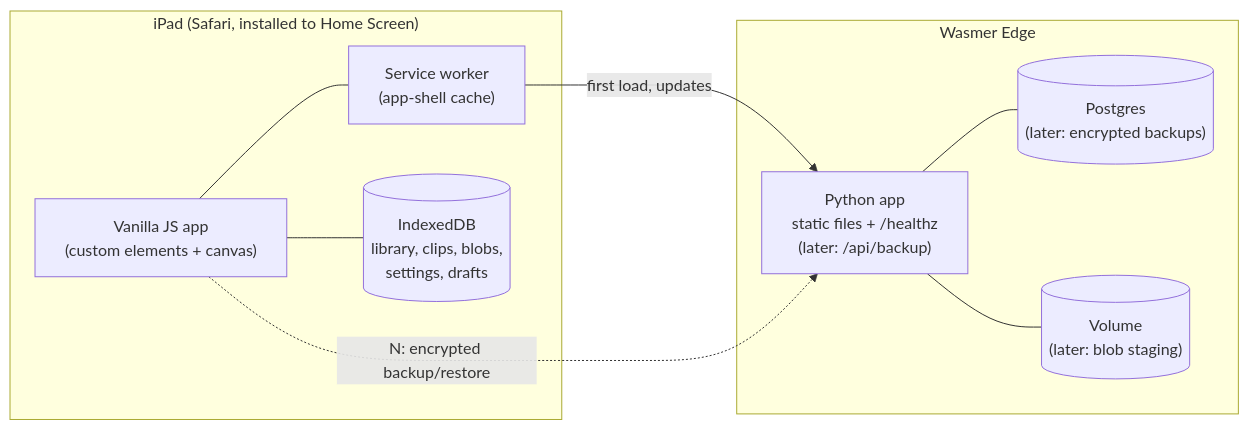
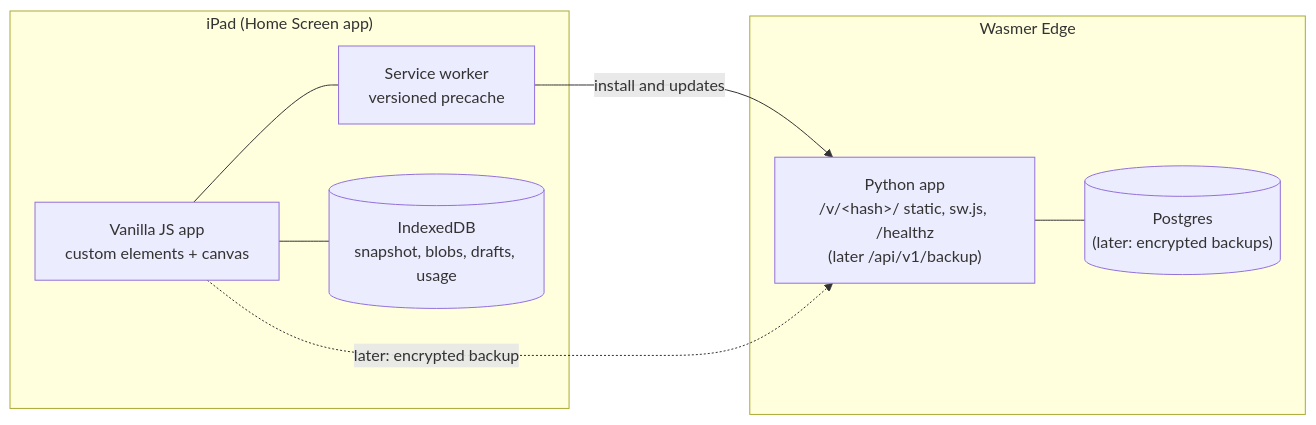
Before and after one commit to baalimago/klaras-farm: the first of 5 diagrams in design/ARCHITECTURE.md, drawn with Mermaid. The commit also changed other lines of this file and 1 other file, not shown here.

First line of the commit message:
Revise architecture after five adversarial reviews; add motion-as-data

````diff
--- a/design/ARCHITECTURE.md
+++ b/design/ARCHITECTURE.md
@@ -16,19 +19,17 @@
 ```mermaid
 flowchart LR
-  subgraph iPad["iPad (Safari, installed to Home Screen)"]
-    UI["Vanilla JS app<br/>(custom elements + canvas)"]
-    SW["Service worker<br/>(app-shell cache)"]
-    IDB[("IndexedDB<br/>library, clips, blobs,<br/>settings, drafts")]
+  subgraph iPad["iPad (Home Screen app)"]
+    UI["Vanilla JS app<br/>custom elements + canvas"]
+    SW["Service worker<br/>versioned precache"]
+    IDB[("IndexedDB<br/>snapshot, blobs, drafts, usage")]
     UI --- IDB
     UI --- SW
   end
   subgraph Edge["Wasmer Edge"]
-    PY["Python app<br/>static files + /healthz<br/>(later: /api/backup)"]
+    PY["Python app<br/>/v/&lt;hash&gt;/ static, sw.js, /healthz<br/>(later /api/v1/backup)"]
     PG[("Postgres<br/>(later: encrypted backups)")]
-    VOL[("Volume<br/>(later: blob staging)")]
     PY --- PG
-    PY --- VOL
   end
-  SW -- "first load, updates" --> PY
-  UI -. "N: encrypted backup/restore" .-> PY
+  SW -- "install and updates" --> PY
+  UI -. "later: encrypted backup" .-> PY
 ```
````
